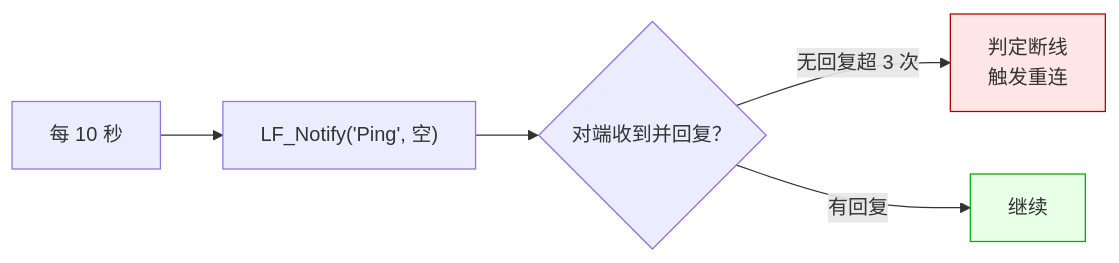
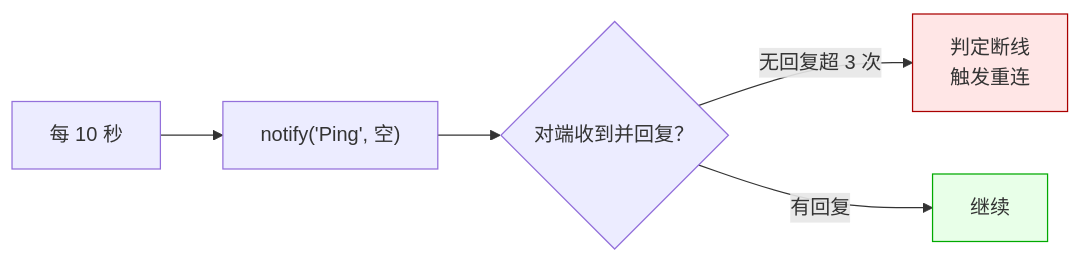
One commit to PassByYou888/LingoFuse changed the fifth of 5 diagrams in doc/LF_Reconnect_Strategy.md. Above: the diagram before and after it, drawn with Mermaid. The commit also changed other lines of this file, not shown here.

````diff
--- a/doc/LF_Reconnect_Strategy.md
+++ b/doc/LF_Reconnect_Strategy.md
@@ -111,10 +397,10 @@
 ```mermaid
 flowchart LR
-    A["每 10 秒"] --> B["LF_Notify('Ping', 空)"]
+    A["每 10 秒"] --> B["notify('Ping', 空)"]
     B --> C{"对端收到并回复？"}
     C -- 无回复超 3 次 --> D["判定断线<br/>触发重连"]
     C -- 有回复 --> E["继续"]
 
     style D fill:#ffe6e6,stroke:#a00
     style E fill:#e8ffe8,stroke:#0a0
 ```
````
